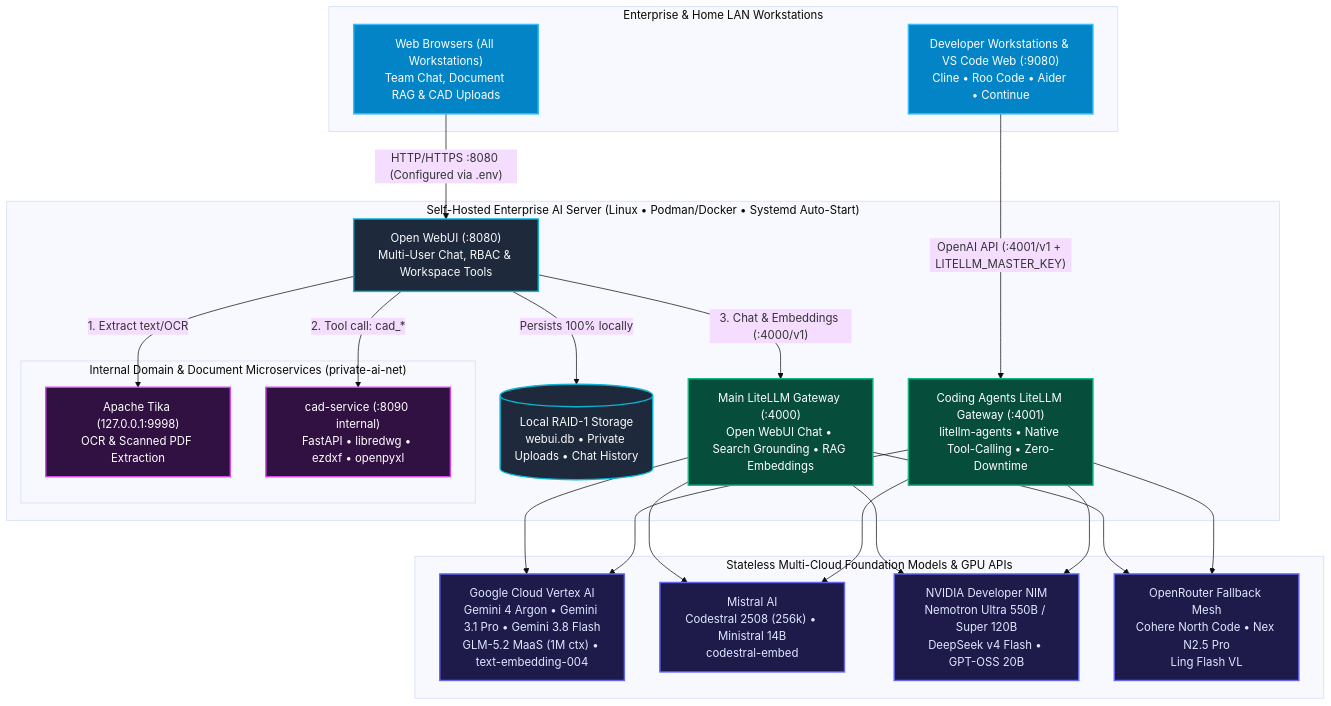
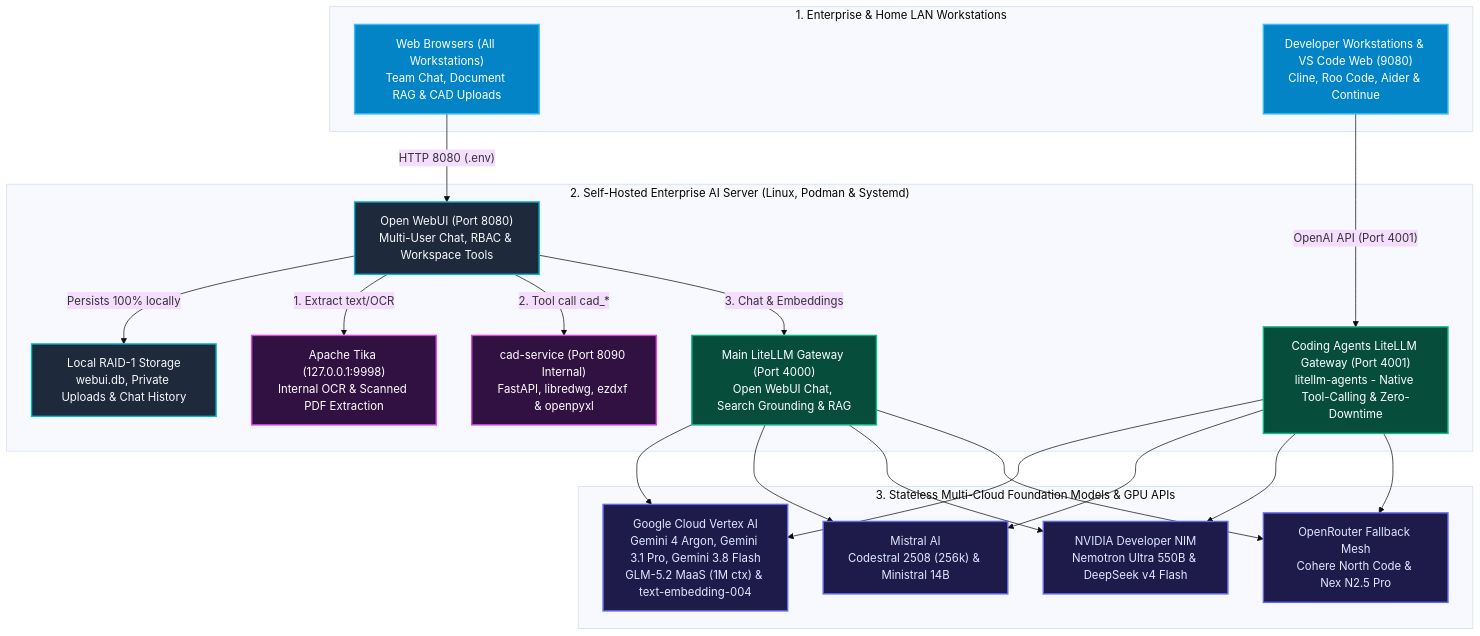
Before and after one commit to AI-Governance-Lab/private-enterprise-ai-hub: the first of 2 diagrams in README.md, drawn with Mermaid (base theme). The commit also changed other lines of this file, not shown here.

Commit message:
docs(readme): simplify Mermaid syntax for GitHub rich display

````diff
--- a/README.md
+++ b/README.md
@@ -56,50 +56,53 @@
 ```mermaid
 flowchart TB
-    classDef client fill:#0284c7,stroke:#38bdf8,stroke-width:2px,color:#ffffff
-    classDef hub fill:#1e293b,stroke:#06b6d4,stroke-width:2px,color:#f8fafc
-    classDef proxy fill:#064e3b,stroke:#10b981,stroke-width:2px,color:#ffffff
-    classDef internal fill:#311042,stroke:#d946ef,stroke-width:2px,color:#ffffff
-    classDef cloud fill:#1e1b4b,stroke:#6366f1,stroke-width:2px,color:#e0e7ff
-
-    subgraph Clients["Enterprise & Home LAN Workstations"]
-        Browser["Web Browsers (All Workstations)<br/>Team Chat, Document RAG & CAD Uploads"]:::client
-        IDEs["Developer Workstations & VS Code Web (:9080)<br/>Cline • Roo Code • Aider • Continue"]:::client
+    subgraph Clients ["1. Enterprise & Home LAN Workstations"]
+        Browser["Web Browsers (All Workstations)<br/>Team Chat, Document RAG & CAD Uploads"]
+        IDEs["Developer Workstations & VS Code Web (9080)<br/>Cline, Roo Code, Aider & Continue"]
     end
 
-    subgraph Host["Self-Hosted Enterprise AI Server (Linux • Podman/Docker • Systemd Auto-Start)"]
-        WebUI["Open WebUI (:8080)<br/>Multi-User Chat, RBAC & Workspace Tools"]:::hub
-        RAID[("Local RAID-1 Storage<br/>webui.db • Private Uploads • Chat History")]:::hub
-
-        ProxyChat["Main LiteLLM Gateway (:4000)<br/>Open WebUI Chat • Search Grounding • RAG Embeddings"]:::proxy
-        ProxyAgents["Coding Agents LiteLLM Gateway (:4001)<br/>litellm-agents • Native Tool-Calling • Zero-Downtime"]:::proxy
-
-        subgraph InternalServices["Internal Domain & Document Microservices (private-ai-net)"]
-            Tika["Apache Tika (127.0.0.1:9998)<br/>OCR & Scanned PDF Extraction"]:::internal
-            CAD["cad-service (:8090 internal)<br/>FastAPI • libredwg • ezdxf • openpyxl"]:::internal
-        end
+    subgraph Host ["2. Self-Hosted Enterprise AI Server (Linux, Podman & Systemd)"]
+        WebUI["Open WebUI (Port 8080)<br/>Multi-User Chat, RBAC & Workspace Tools"]
+        RAID["Local RAID-1 Storage<br/>webui.db, Private Uploads & Chat History"]
+        ProxyChat["Main LiteLLM Gateway (Port 4000)<br/>Open WebUI Chat, Search Grounding & RAG"]
+        ProxyAgents["Coding Agents LiteLLM Gateway (Port 4001)<br/>litellm-agents - Native Tool-Calling & Zero-Downtime"]
+        Tika["Apache Tika (127.0.0.1:9998)<br/>Internal OCR & Scanned PDF Extraction"]
+        CAD["cad-service (Port 8090 Internal)<br/>FastAPI, libredwg, ezdxf & openpyxl"]
     end
 
-    subgraph CloudProviders["Stateless Multi-Cloud Foundation Models & GPU APIs"]
-        Vertex["Google Cloud Vertex AI<br/>Gemini 4 Argon • Gemini 3.1 Pro • Gemini 3.8 Flash<br/>GLM-5.2 MaaS (1M ctx) • text-embedding-004"]:::cloud
-        Mistral["Mistral AI<br/>Codestral 2508 (256k) • Ministral 14B<br/>codestral-embed"]:::cloud
-        NIM["NVIDIA Developer NIM<br/>Nemotron Ultra 550B / Super 120B<br/>DeepSeek v4 Flash • GPT-OSS 20B"]:::cloud
-        OR["OpenRouter Fallback Mesh<br/>Cohere North Code • Nex N2.5 Pro<br/>Ling Flash VL"]:::cloud
+    subgraph CloudProviders ["3. Stateless Multi-Cloud Foundation Models & GPU APIs"]
+        Vertex["Google Cloud Vertex AI<br/>Gemini 4 Argon, Gemini 3.1 Pro, Gemini 3.8 Flash<br/>GLM-5.2 MaaS (1M ctx) & text-embedding-004"]
+        Mistral["Mistral AI<br/>Codestral 2508 (256k) & Ministral 14B"]
+        NIM["NVIDIA Developer NIM<br/>Nemotron Ultra 550B & DeepSeek v4 Flash"]
+        OR["OpenRouter Fallback Mesh<br/>Cohere North Code & Nex N2.5 Pro"]
     end
 
-    Browser -->|"HTTP/HTTPS :8080 (Configured via .env)"| WebUI
+    Browser -->|"HTTP 8080 (.env)"| WebUI
     WebUI -->|"Persists 100% locally"| RAID
     WebUI -->|"1. Extract text/OCR"| Tika
-    WebUI -->|"2. Tool call: cad_*"| CAD
-    WebUI -->|"3. Chat & Embeddings (:4000/v1)"| ProxyChat
-    IDEs -->|"OpenAI API (:4001/v1 + LITELLM_MASTER_KEY)"| ProxyAgents
+    WebUI -->|"2. Tool call cad_*"| CAD
+    WebUI -->|"3. Chat & Embeddings"| ProxyChat
+    IDEs -->|"OpenAI API (Port 4001)"| ProxyAgents
 
     ProxyChat --> Vertex
     ProxyChat --> Mistral
     ProxyChat --> NIM
     ProxyChat --> OR
 
     ProxyAgents --> Vertex
     ProxyAgents --> Mistral
     ProxyAgents --> NIM
     ProxyAgents --> OR
+
+    style Browser fill:#0284c7,stroke:#38bdf8,stroke-width:2px,color:#ffffff
+    style IDEs fill:#0284c7,stroke:#38bdf8,stroke-width:2px,color:#ffffff
+    style WebUI fill:#1e293b,stroke:#06b6d4,stroke-width:2px,color:#f8fafc
+    style RAID fill:#1e293b,stroke:#06b6d4,stroke-width:2px,color:#f8fafc
+    style ProxyChat fill:#064e3b,stroke:#10b981,stroke-width:2px,color:#ffffff
+    style ProxyAgents fill:#064e3b,stroke:#10b981,stroke-width:2px,color:#ffffff
+    style Tika fill:#311042,stroke:#d946ef,stroke-width:2px,color:#ffffff
+    style CAD fill:#311042,stroke:#d946ef,stroke-width:2px,color:#ffffff
+    style Vertex fill:#1e1b4b,stroke:#6366f1,stroke-width:2px,color:#e0e7ff
+    style Mistral fill:#1e1b4b,stroke:#6366f1,stroke-width:2px,color:#e0e7ff
+    style NIM fill:#1e1b4b,stroke:#6366f1,stroke-width:2px,color:#e0e7ff
+    style OR fill:#1e1b4b,stroke:#6366f1,stroke-width:2px,color:#e0e7ff
 ```
````
